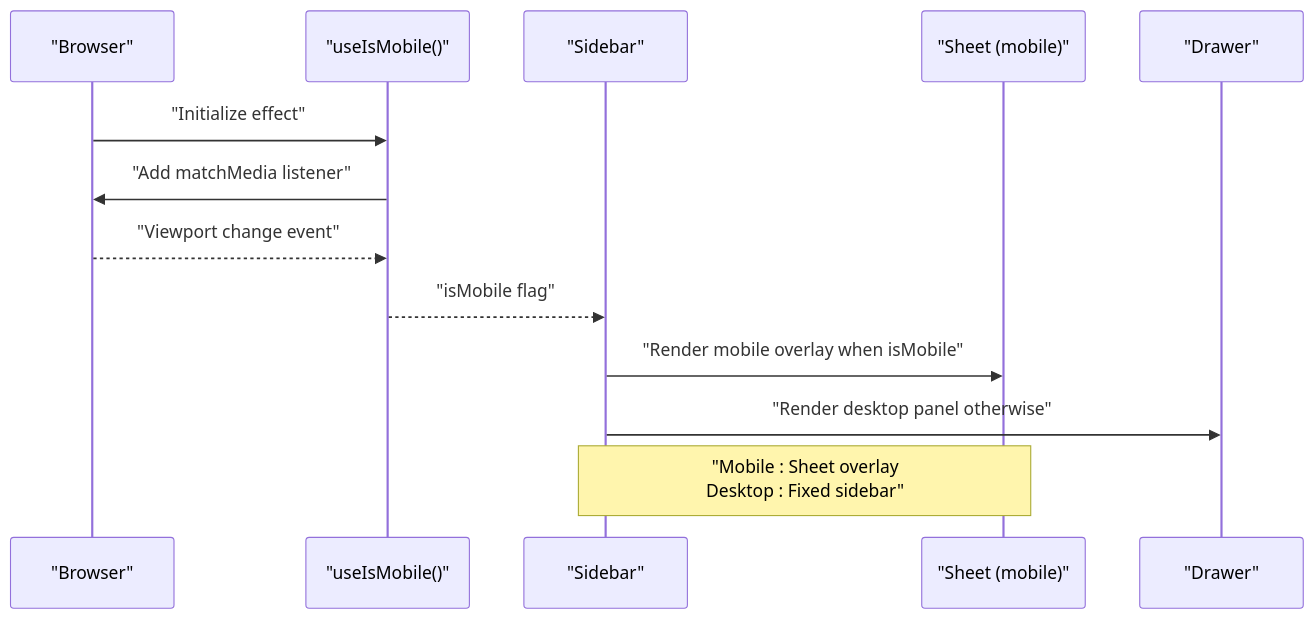
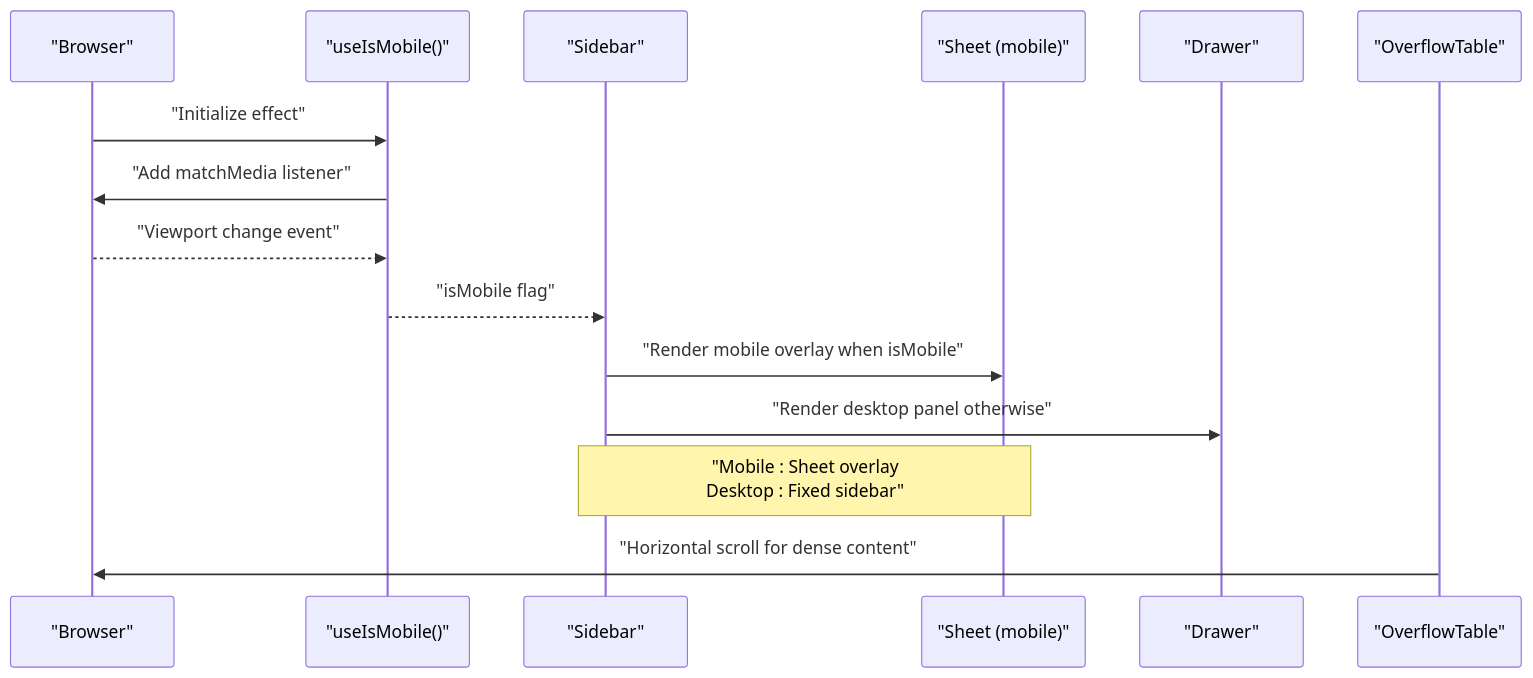
Before and after one commit to gastaldellomarco/pcReady: the second of 10 diagrams in .qoder/repowiki/en/content/Component Architecture/Responsive Design Patterns.md, drawn with Mermaid. The commit also changed other lines of this file and 15 other files, not shown here.

````diff
--- a/.qoder/repowiki/en/content/Component Architecture/Responsive Design Patterns.md
+++ b/.qoder/repowiki/en/content/Component Architecture/Responsive Design Patterns.md
@@ -102,15 +144,17 @@
 ```mermaid
 sequenceDiagram
 participant Browser as "Browser"
 participant Hook as "useIsMobile()"
 participant Sidebar as "Sidebar"
 participant Sheet as "Sheet (mobile)"
 participant Drawer as "Drawer"
+participant OverflowTable as "OverflowTable"
 Browser->>Hook : "Initialize effect"
 Hook->>Browser : "Add matchMedia listener"
 Browser-->>Hook : "Viewport change event"
 Hook-->>Sidebar : "isMobile flag"
 Sidebar->>Sheet : "Render mobile overlay when isMobile"
 Sidebar->>Drawer : "Render desktop panel otherwise"
 Note over Sidebar,Sheet : "Mobile : Sheet overlay<br/>Desktop : Fixed sidebar"
+OverflowTable->>Browser : "Horizontal scroll for dense content"
 ```
````
